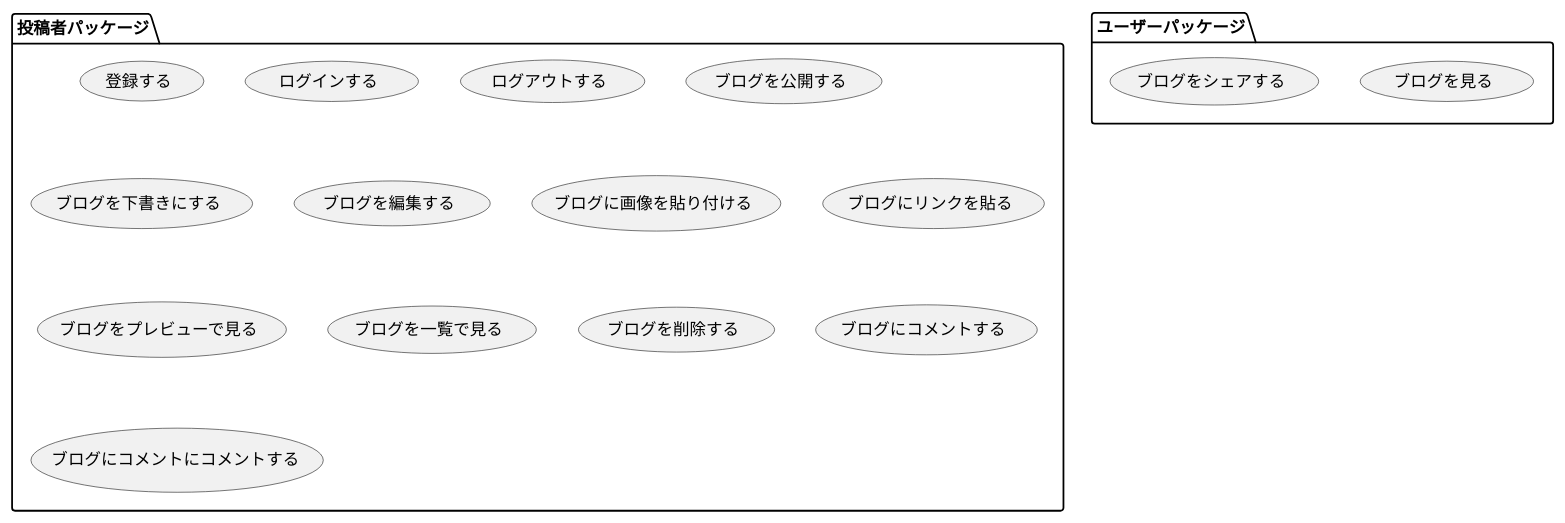
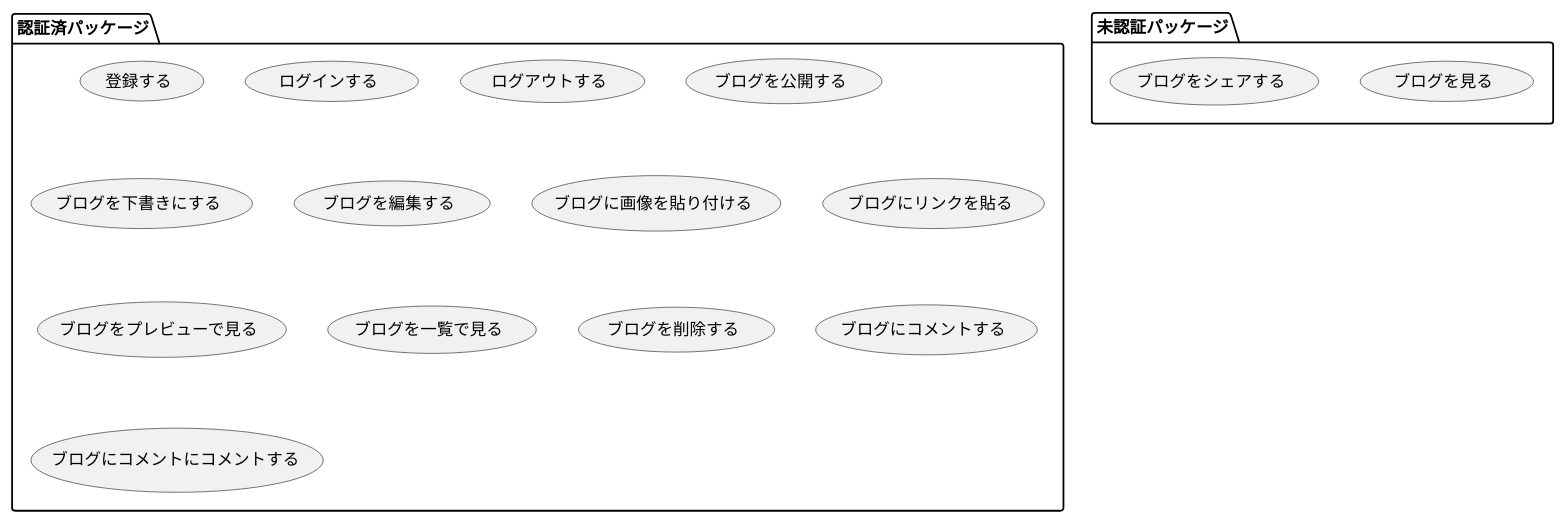
Before and after one commit to k42un0k0/k42un0k0blog: the diagram in doc/usecase-packages.pu, drawn with PlantUML. The commit also changed 8 other files, not shown here.

```diff
--- a/doc/usecase-packages.pu
+++ b/doc/usecase-packages.pu
@@ -1,24 +1,24 @@
 @startuml
 
-package 投稿者パッケージ{
+package 認証済パッケージ{
     (登録する)
     (ログインする)
     (ログアウトする)
     (ブログを公開する)
     (ブログを下書きにする)
     (ブログを編集する)
     (ブログに画像を貼り付ける)
     (ブログにリンクを貼る)
     (ブログをプレビューで見る)
     (ブログを一覧で見る)
     (ブログを削除する)
     (ブログにコメントする)
     (ブログにコメントにコメントする)
 }
 
-package ユーザーパッケージ{
+package 未認証パッケージ{
     (ブログを見る)
     (ブログをシェアする)
 }
 
 @enduml
```
